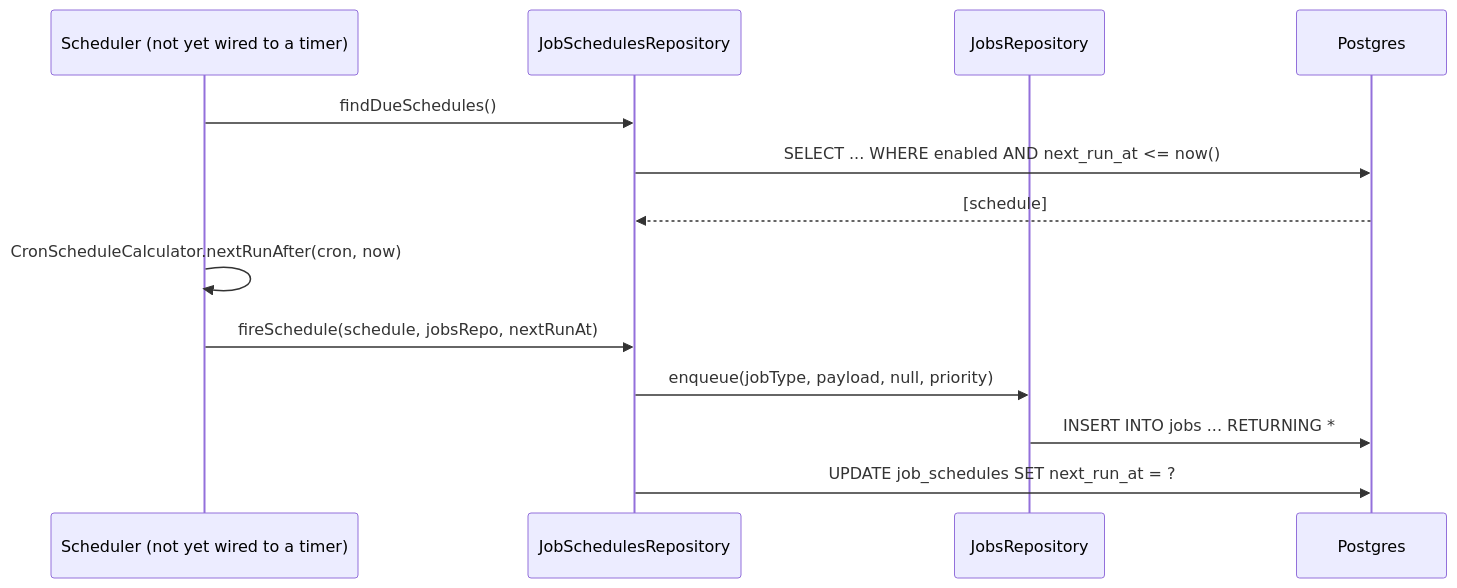
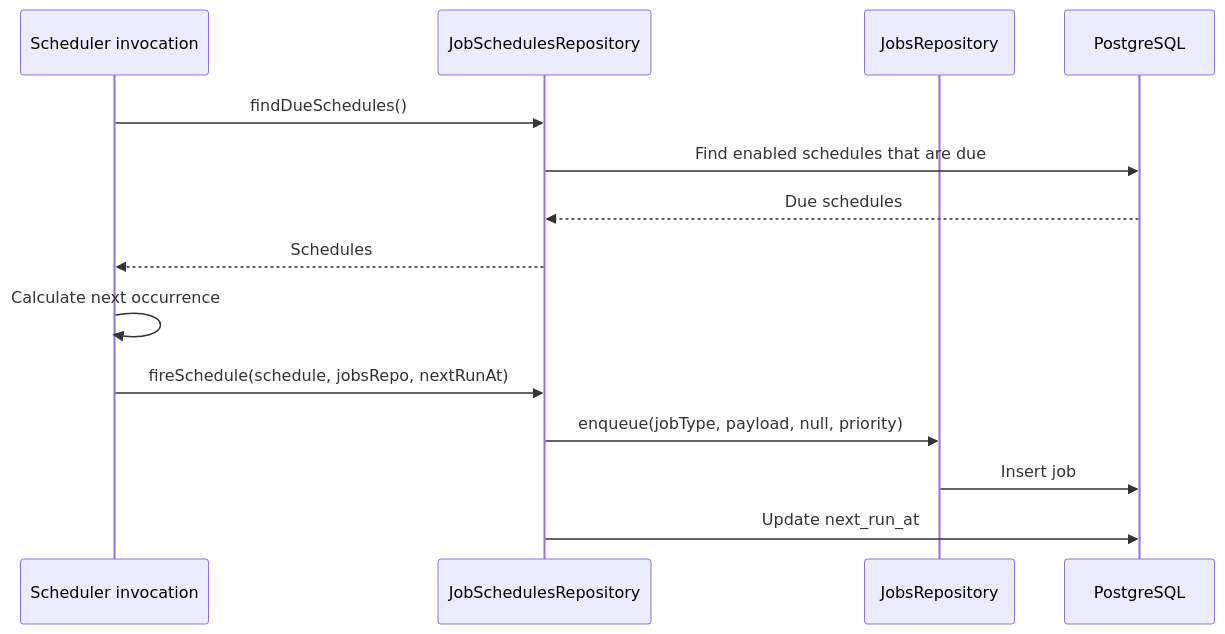
One commit to amanxsays/Sluice changed the fifth of 8 diagrams in README.md. Above: the diagram before and after it, drawn with Mermaid. The commit also changed other lines of this file and 41 other files, not shown here.

````diff
--- a/README.md
+++ b/README.md
@@ -218,17 +232,18 @@
 ```mermaid
 sequenceDiagram
-    participant S as Scheduler (not yet wired to a timer)
+    participant S as Scheduler invocation
     participant SR as JobSchedulesRepository
     participant JR as JobsRepository
-    participant DB as Postgres
+    participant DB as PostgreSQL
 
     S->>SR: findDueSchedules()
-    SR->>DB: SELECT ... WHERE enabled AND next_run_at <= now()
-    DB-->>SR: [schedule]
+    SR->>DB: Find enabled schedules that are due
+    DB-->>SR: Due schedules
+    SR-->>S: Schedules
 
-    S->>S: CronScheduleCalculator.nextRunAfter(cron, now)
+    S->>S: Calculate next occurrence
     S->>SR: fireSchedule(schedule, jobsRepo, nextRunAt)
     SR->>JR: enqueue(jobType, payload, null, priority)
-    JR->>DB: INSERT INTO jobs ... RETURNING *
-    SR->>DB: UPDATE job_schedules SET next_run_at = ?
+    JR->>DB: Insert job
+    SR->>DB: Update next_run_at
 ```
````
